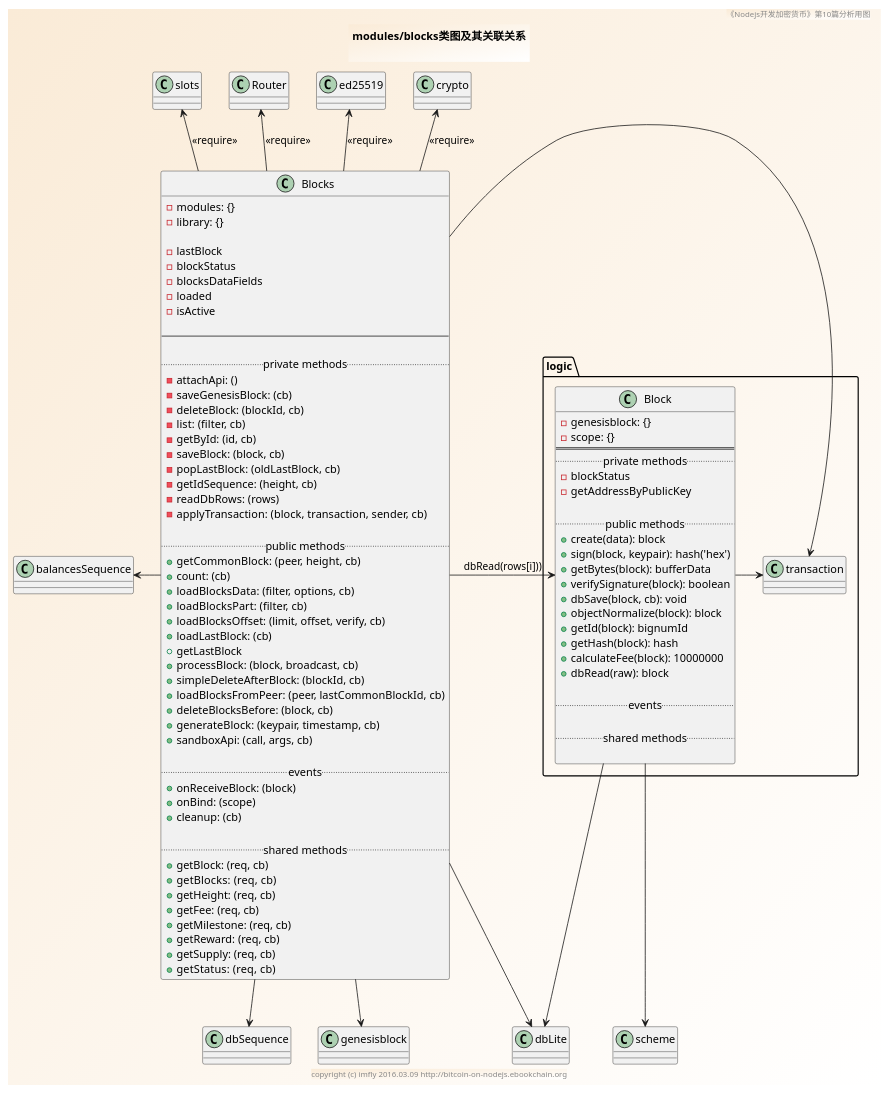
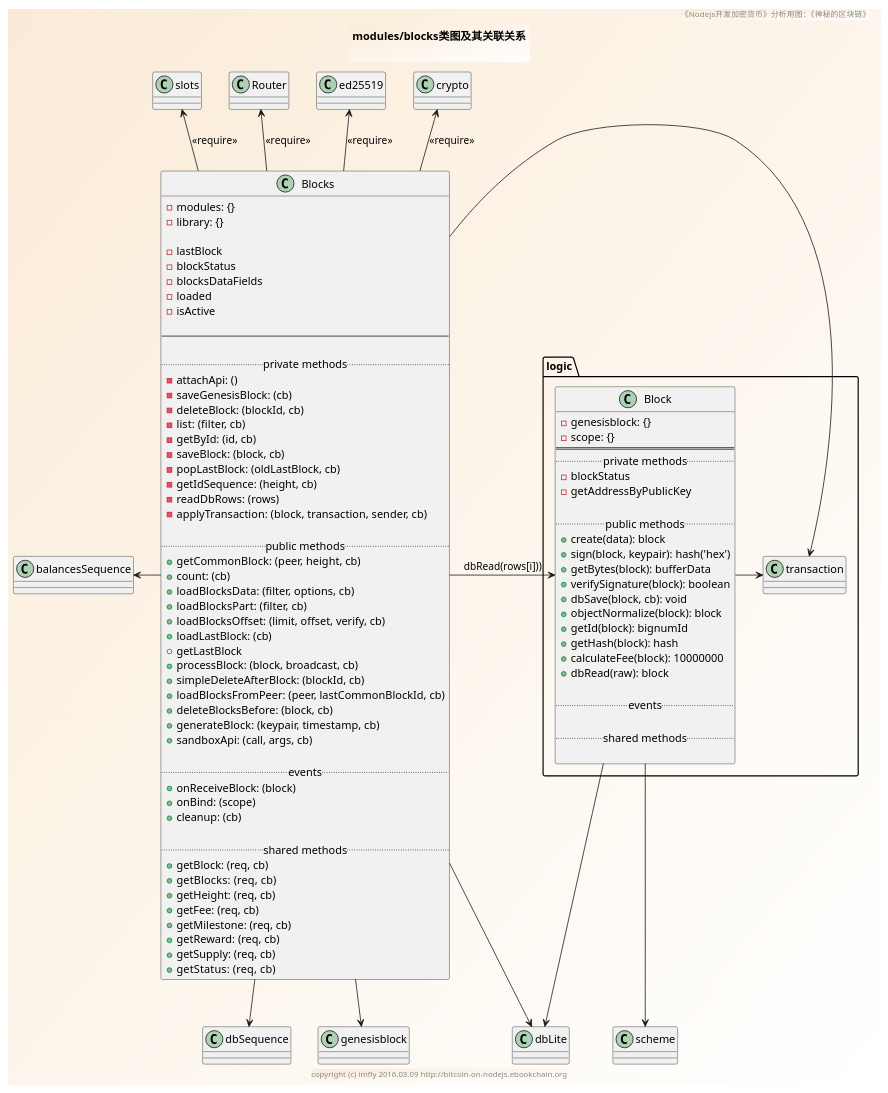
Before and after one commit to brightmanforever022/bitcoin-on-nodejs: the diagram in sources/modules/blocks/class.pu, drawn with PlantUML. The commit also changed 13 other files, not shown here.

```diff
--- a/sources/modules/blocks/class.pu
+++ b/sources/modules/blocks/class.pu
@@ -1,115 +1,115 @@
-@startuml ../../../styles/images/modules/blocks/class.png
+@startuml ../../../styles/images/modules/blocks/blocks-class.png
 skinparam BorderColor #blue\9932CC
 skinparam backgroundcolor AntiqueWhite/white
 
 title
 modules/blocks类图及其关联关系
 
 end title
 footer copyright (c) imfly 2016.03.09 http://bitcoin-on-nodejs.ebookchain.org
-header 《Nodejs开发加密货币》第10篇分析用图
+header 《Nodejs开发加密货币》分析用图：《神秘的区块链》
 
 ' logic/block.js
 package logic {
   Class Block {
     - genesisblock: {}
     - scope: {}
     ====
     .. private methods ..
     -blockStatus
     -getAddressByPublicKey
 
     .. public methods ..
     +create(data): block
     +sign(block, keypair): hash('hex')
     +getBytes(block): bufferData
     +verifySignature(block): boolean
     +dbSave(block, cb): void
     +objectNormalize(block): block
     +getId(block): bignumId
     +getHash(block): hash
     +calculateFee(block): 10000000
     +dbRead(raw): block
 
     .. events ..
 
     .. shared methods..
 
   }
 
   ' relationship
   Block -right-> transaction
 }
 
 ' modules/blocks.js
 Class Blocks {
   - modules: {}
   - library: {}
 
   - lastBlock
   - blockStatus
   - blocksDataFields
   - loaded
   - isActive
 
   --
 
   .. private methods ..
   -attachApi: ()
   -saveGenesisBlock: (cb)
   -deleteBlock: (blockId, cb)
   -list: (filter, cb)
   -getById: (id, cb)
   -saveBlock: (block, cb)
   -popLastBlock: (oldLastBlock, cb)
   -getIdSequence: (height, cb)
   -readDbRows: (rows)
   -applyTransaction: (block, transaction, sender, cb)
 
   .. public methods ..
   +getCommonBlock: (peer, height, cb)
   +count: (cb)
   +loadBlocksData: (filter, options, cb)
   +loadBlocksPart: (filter, cb)
   +loadBlocksOffset: (limit, offset, verify, cb)
   +loadLastBlock: (cb)
   +getLastBlock
   +processBlock: (block, broadcast, cb)
   +simpleDeleteAfterBlock: (blockId, cb)
   +loadBlocksFromPeer: (peer, lastCommonBlockId, cb)
   +deleteBlocksBefore: (block, cb)
   +generateBlock: (keypair, timestamp, cb)
   +sandboxApi: (call, args, cb)
 
   .. events ..
   +onReceiveBlock: (block)
   +onBind: (scope)
   +cleanup: (cb)
 
   .. shared methods..
   +getBlock: (req, cb)
   +getBlocks:  (req, cb)
   +getHeight: (req, cb)
   +getFee: (req, cb)
   +getMilestone: (req, cb)
   +getReward: (req, cb)
   +getSupply: (req, cb)
   +getStatus:  (req, cb)
 }
 
 ' relationship
 Blocks -up-> crypto: <<require>>
 Blocks -up-> ed25519: <<require>>
 Blocks -up-> Router: <<require>>
 Blocks -up-> slots: <<require>>
 
 Blocks -left-> balancesSequence
 Blocks --> dbSequence
 Blocks -down-> genesisblock
 Blocks -right-> dbLite
 Blocks -right-> Block: dbRead(rows[i]))
 Blocks -right-> transaction
 
 Block --> scheme
 Block -down-> dbLite
 @enduml
```
